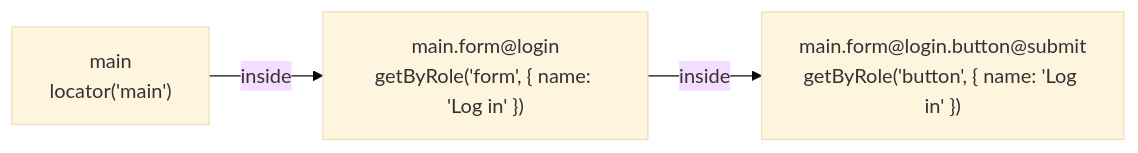
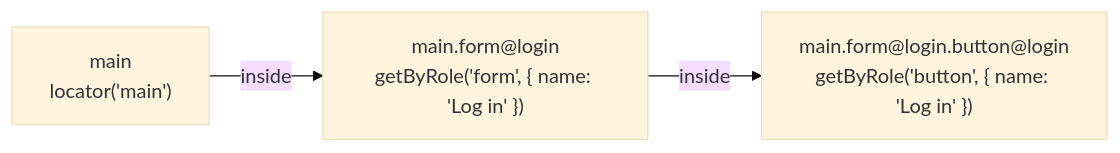
One commit to DyHex/POMWright changed the diagram in website/src/content/docs/docs/resolving-locators.md. Above: the diagram before and after it, drawn with Mermaid (base theme). The commit also changed other lines of this file and 35 other files, not shown here.

````diff
--- a/website/src/content/docs/docs/resolving-locators.md
+++ b/website/src/content/docs/docs/resolving-locators.md
@@ -71,5 +71,5 @@
 ```mermaid
 flowchart LR
   main["main<br/>locator('main')"] -->|inside| form["main.form@login<br/>getByRole('form', { name: 'Log in' })"]
-  form -->|inside| submit["main.form@login.button@submit<br/>getByRole('button', { name: 'Log in' })"]
+  form -->|inside| submit["main.form@login.button@login<br/>getByRole('button', { name: 'Log in' })"]
 ```
````
